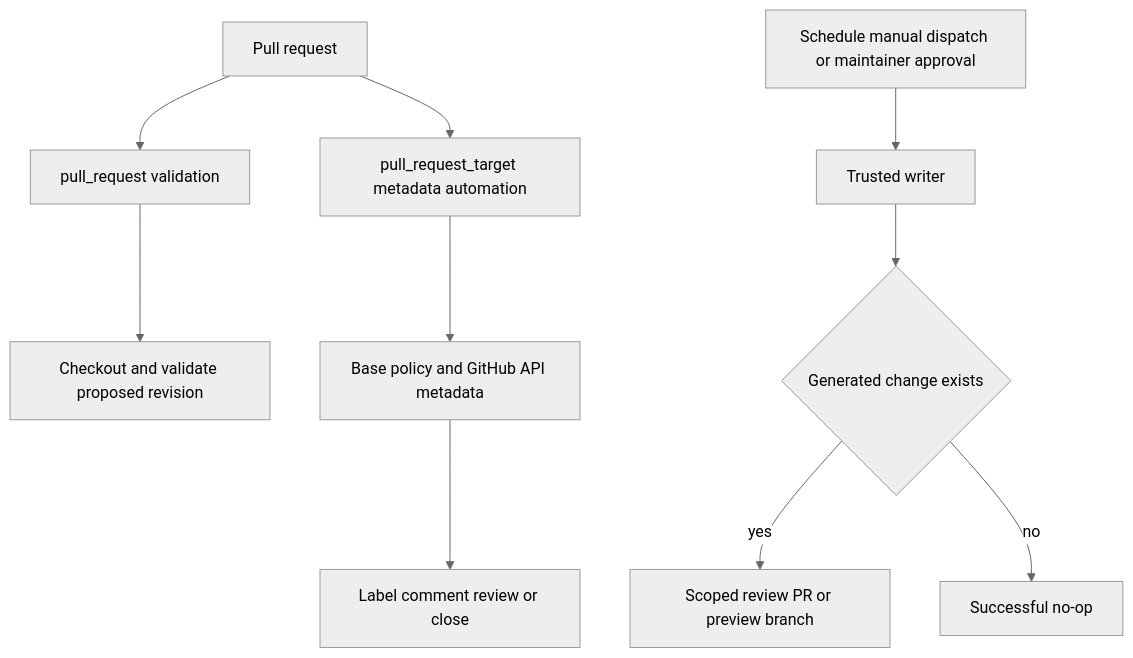
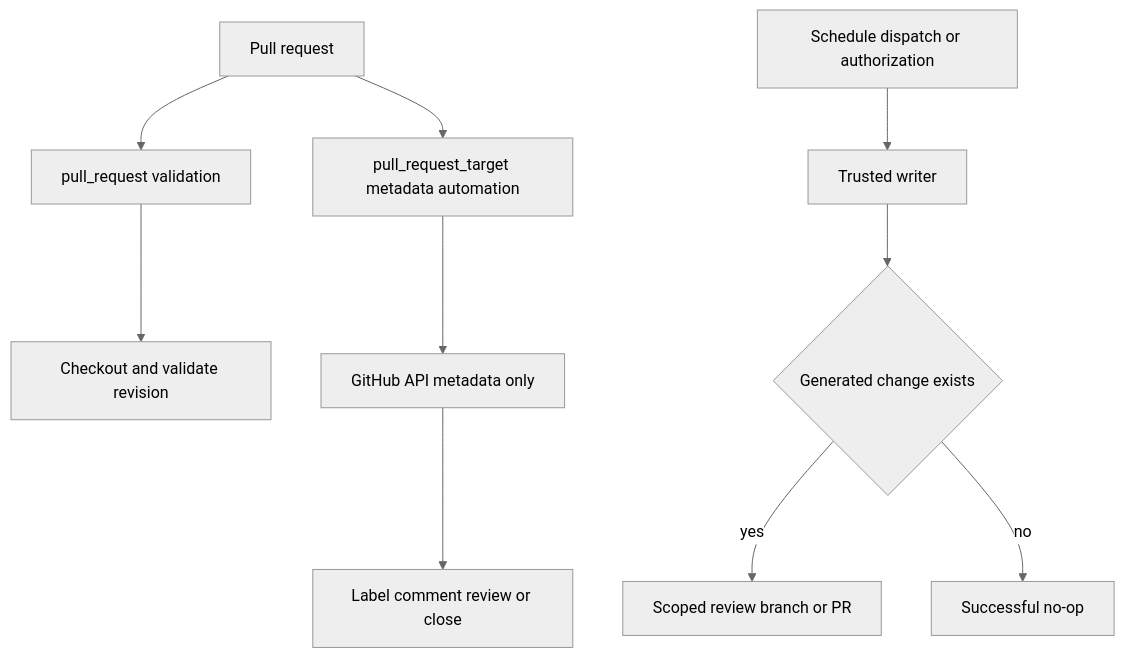
One commit to rishi-raj-jain/docs-1 changed the first of 2 diagrams in openwiki/integrations/github-actions.md. Above: the diagram before and after it, drawn with Mermaid (neutral theme). The commit also changed other lines of this file and 30 other files, not shown here.

````diff
--- a/openwiki/integrations/github-actions.md
+++ b/openwiki/integrations/github-actions.md
@@ -45,12 +53,12 @@
 ```mermaid
 flowchart TD
   PR["Pull request"] --> Check["pull_request validation"]
   PR --> Meta["pull_request_target metadata automation"]
-  Check --> Head["Checkout and validate proposed revision"]
-  Meta --> API["Base policy and GitHub API metadata"]
+  Check --> Head["Checkout and validate revision"]
+  Meta --> API["GitHub API metadata only"]
   API --> Mutate["Label comment review or close"]
-  Trusted["Schedule manual dispatch or maintainer approval"] --> Writer["Trusted writer"]
+  Trusted["Schedule dispatch or authorization"] --> Writer["Trusted writer"]
   Writer --> Change{"Generated change exists"}
-  Change -->|"yes"| Review["Scoped review PR or preview branch"]
+  Change -->|"yes"| Review["Scoped review branch or PR"]
   Change -->|"no"| Noop["Successful no-op"]
 ```
````
